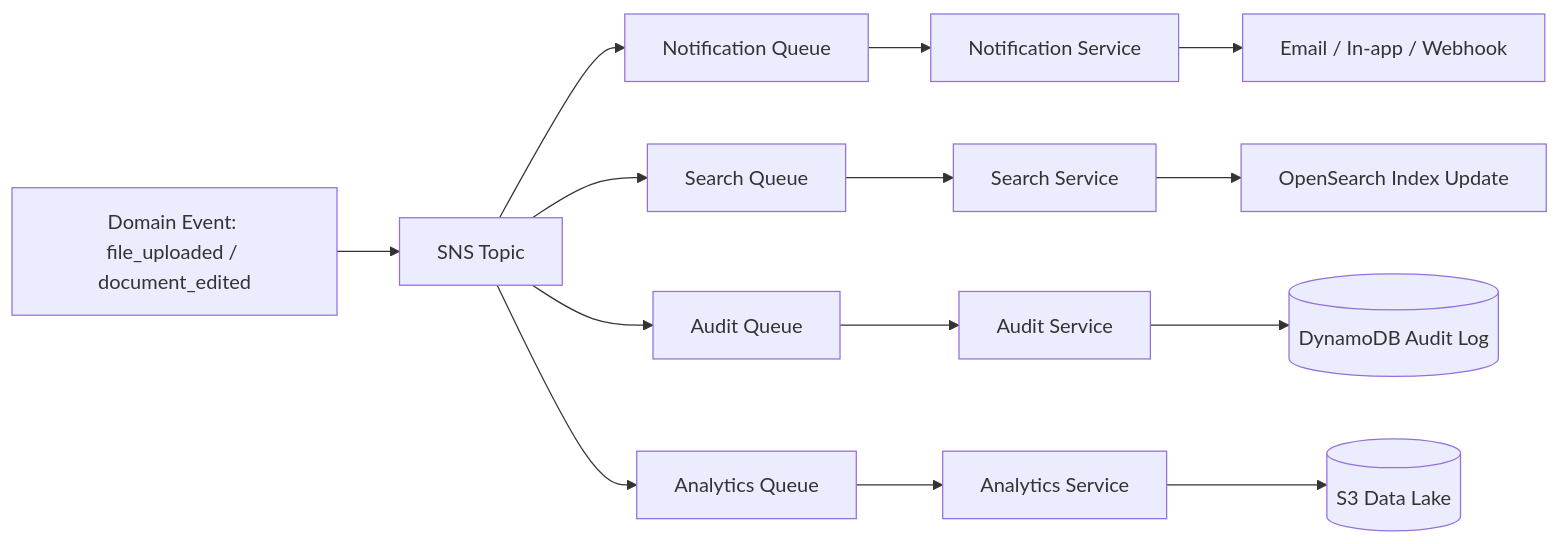
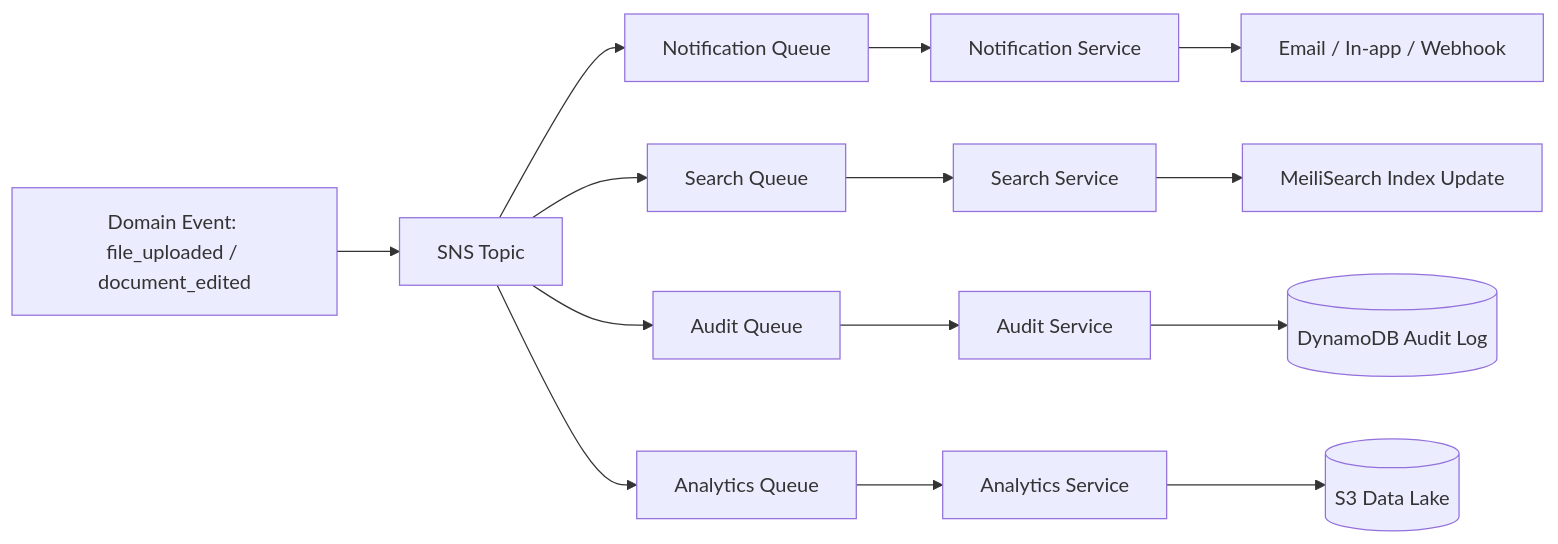
Before and after one commit to Cognition-Partner-Workshops/otterworks: the seventh of 14 diagrams in docs/flows.md, drawn with Mermaid. The commit also changed other lines of this file and 20 other files, not shown here.

First line of the commit message:
refactor: remove OpenSearch entirely, migrate to MeiliSearch

````diff
--- a/docs/flows.md
+++ b/docs/flows.md
@@ -148,18 +148,18 @@
 ```mermaid
 flowchart LR
   E[Domain Event: file_uploaded / document_edited] --> BUS[SNS Topic]
   BUS --> NQ[Notification Queue]
   BUS --> SQ[Search Queue]
   BUS --> AQ[Audit Queue]
   BUS --> ANQ[Analytics Queue]
 
   NQ --> N[Notification Service]
   SQ --> S[Search Service]
   AQ --> AU[Audit Service]
   ANQ --> AN[Analytics Service]
 
   N --> OUT1[Email / In-app / Webhook]
-  S --> OS[OpenSearch Index Update]
+  S --> MS[MeiliSearch Index Update]
   AU --> DDB[(DynamoDB Audit Log)]
   AN --> DL[(S3 Data Lake)]
 ```
````
